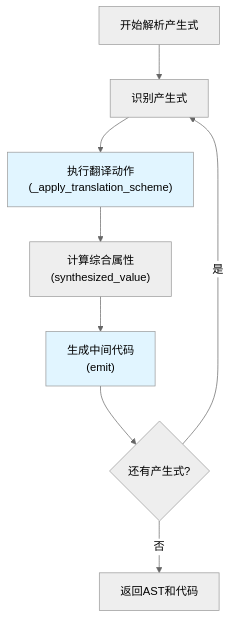
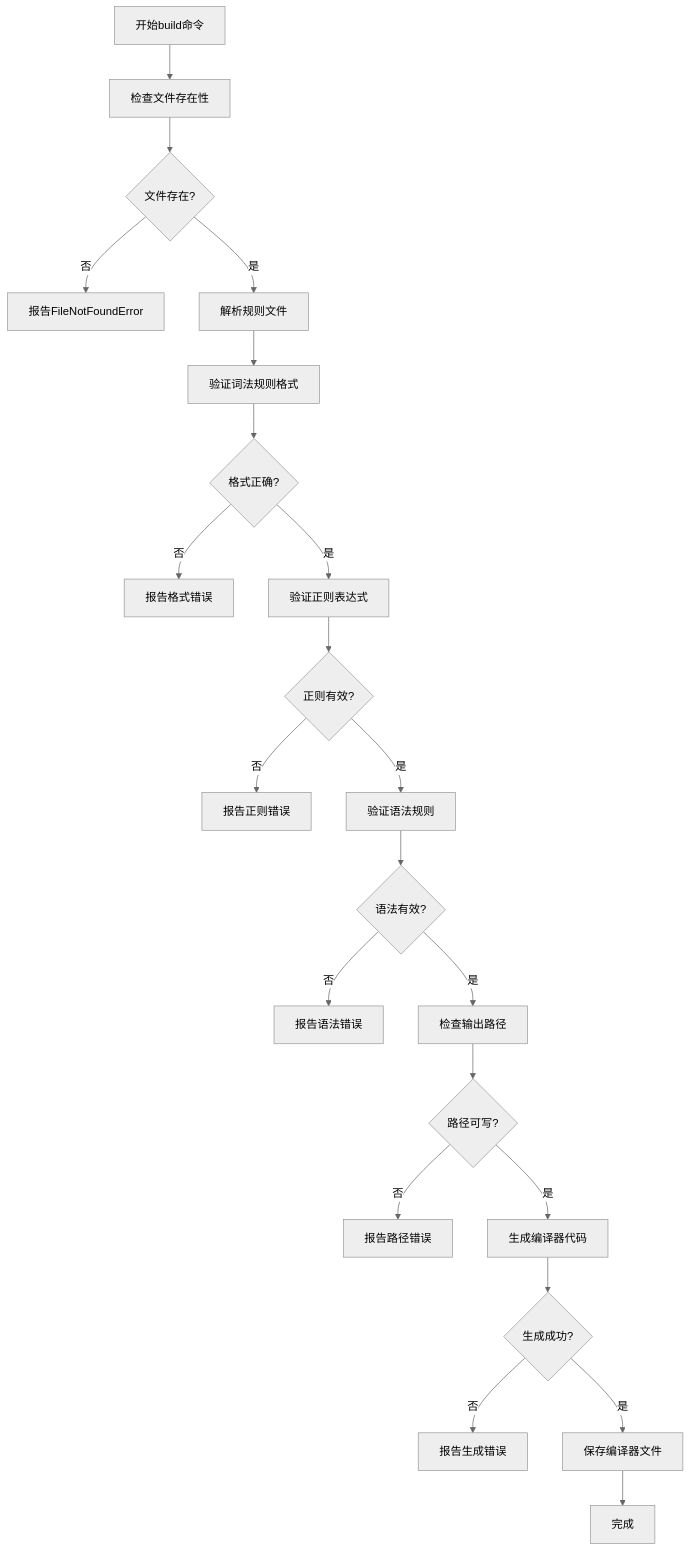
One commit to Dr-bin/Compiler-Principles-Project changed the seventh of 11 diagrams in docs/软件设计文档.md. Above: the diagram before and after it, drawn with Mermaid (neutral theme). The commit also changed other lines of this file and 13 other files, not shown here.

````diff
--- a/docs/软件设计文档.md
+++ b/docs/软件设计文档.md
@@ -257,13 +305,24 @@
 ```mermaid
 flowchart TD
-    A["开始解析产生式"] --> B["识别产生式"]
-    B --> C["执行翻译动作<br/>(_apply_translation_scheme)"]
-    C --> D["计算综合属性<br/>(synthesized_value)"]
-    D --> E["生成中间代码<br/>(emit)"]
-    E --> F{"还有产生式?"}
-    F -->|"是"| B
-    F -->|"否"| G["返回AST和代码"]
-    
-    style C fill:#e1f5ff
-    style E fill:#e1f5ff
+    A["开始build命令"] --> B["检查文件存在性"]
+    B --> C{"文件存在?"}
+    C -->|"否"| D["报告FileNotFoundError"]
+    C -->|"是"| E["解析规则文件"]
+    E --> F["验证词法规则格式"]
+    F --> G{"格式正确?"}
+    G -->|"否"| H["报告格式错误"]
+    G -->|"是"| I["验证正则表达式"]
+    I --> J{"正则有效?"}
+    J -->|"否"| K["报告正则错误"]
+    J -->|"是"| L["验证语法规则"]
+    L --> M{"语法有效?"}
+    M -->|"否"| N["报告语法错误"]
+    M -->|"是"| O["检查输出路径"]
+    O --> P{"路径可写?"}
+    P -->|"否"| Q["报告路径错误"]
+    P -->|"是"| R["生成编译器代码"]
+    R --> S{"生成成功?"}
+    S -->|"否"| T["报告生成错误"]
+    S -->|"是"| U["保存编译器文件"]
+    U --> V["完成"]
 ```
````
